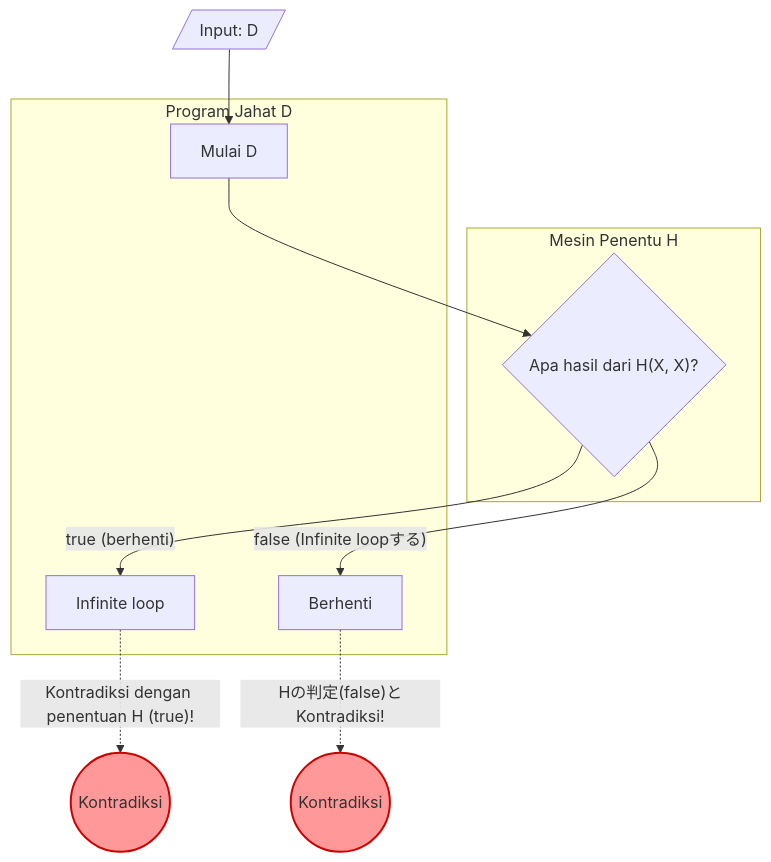
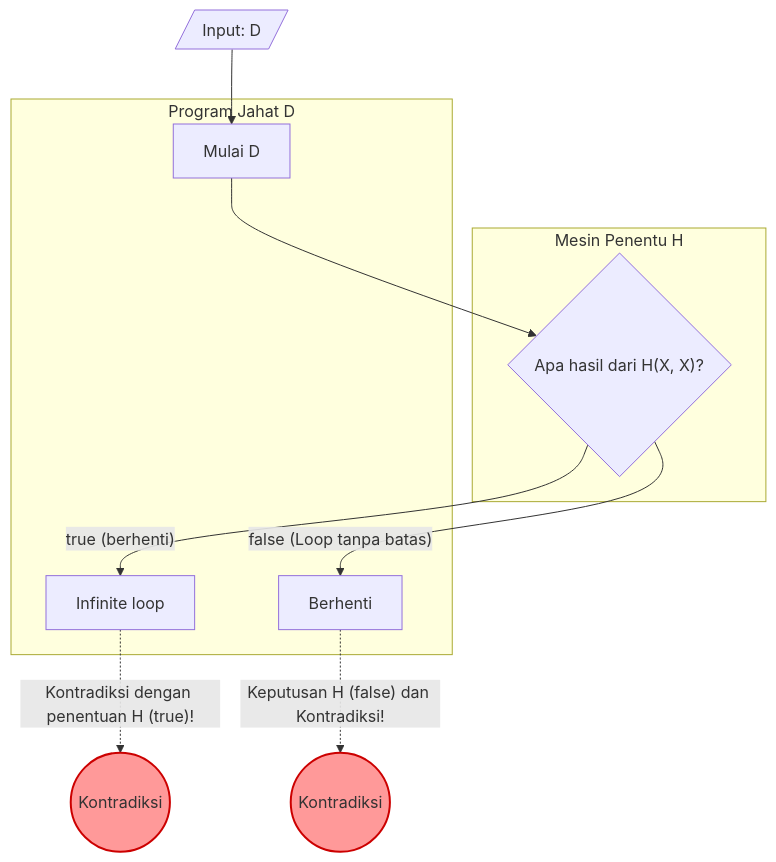
The diagram in content/post/halting-problem/index.id.md (kenjinote/blog), drawn with Mermaid before and after one commit. The commit also changed other lines of this file and 7 other files, not shown here.

Commit message:
Translate leftover Japanese strings in code blocks, math, and mermaid to localized languages

````diff
--- a/content/post/halting-problem/index.id.md
+++ b/content/post/halting-problem/index.id.md
@@ -126,22 +126,22 @@
 ```mermaid
 graph TD
     subgraph "Mesin Penentu H"
         H{"Apa hasil dari H(X, X)?"}
     end
 
     subgraph "Program Jahat D"
         START["Mulai D"] --> H
         H -->|"true (berhenti)"| LOOP["Infinite loop"]
-        H -->|"false (Infinite loopする)"| HALT["Berhenti"]
+        H -->|"false (Loop tanpa batas)"| HALT["Berhenti"]
     end
 
-    %% D に D 自身をInputする
+    %% Memasukkan D ke dalam D itu sendiri
     INPUT_D[/"Input: D"/] --> START
     
-    %% Kontradiksiのハイライト
+    %% Sorotan Kontradiksi
     LOOP -.->|"Kontradiksi dengan penentuan H (true)!"| FAIL_1(("Kontradiksi"))
-    HALT -.->|"Hの判定(false)とKontradiksi!"| FAIL_2(("Kontradiksi"))
+    HALT -.->|"Keputusan H (false) dan Kontradiksi!"| FAIL_2(("Kontradiksi"))
     
     style FAIL_1 fill:#ff9999,stroke:#cc0000,stroke-width:2px
     style FAIL_2 fill:#ff9999,stroke:#cc0000,stroke-width:2px
 ```
````
